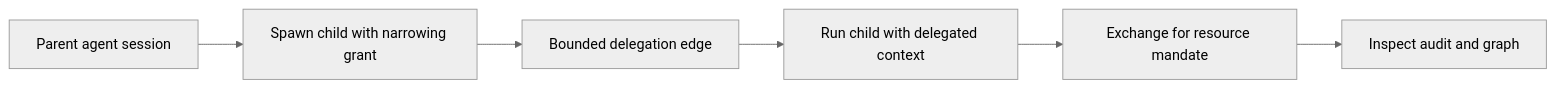
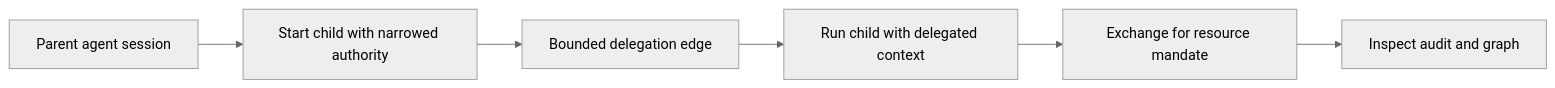
One commit to Garudex-Labs/caracal changed the diagram in docs/src/content/docs/guides/delegation.mdx. Above: the diagram before and after it, drawn with Mermaid (neutral theme). The commit also changed other lines of this file and 3 other files, not shown here.

````diff
--- a/docs/src/content/docs/guides/delegation.mdx
+++ b/docs/src/content/docs/guides/delegation.mdx
@@ -12,8 +12,8 @@
 ```mermaid
 flowchart LR
-  Parent["Parent agent session"] --> Spawn["Spawn child with narrowing grant"]
+  Parent["Parent agent session"] --> Spawn["Start child with narrowed authority"]
   Spawn --> Edge["Bounded delegation edge"]
   Edge --> Child["Run child with delegated context"]
   Child --> Exchange["Exchange for resource mandate"]
   Exchange --> Audit["Inspect audit and graph"]
 ```
````
